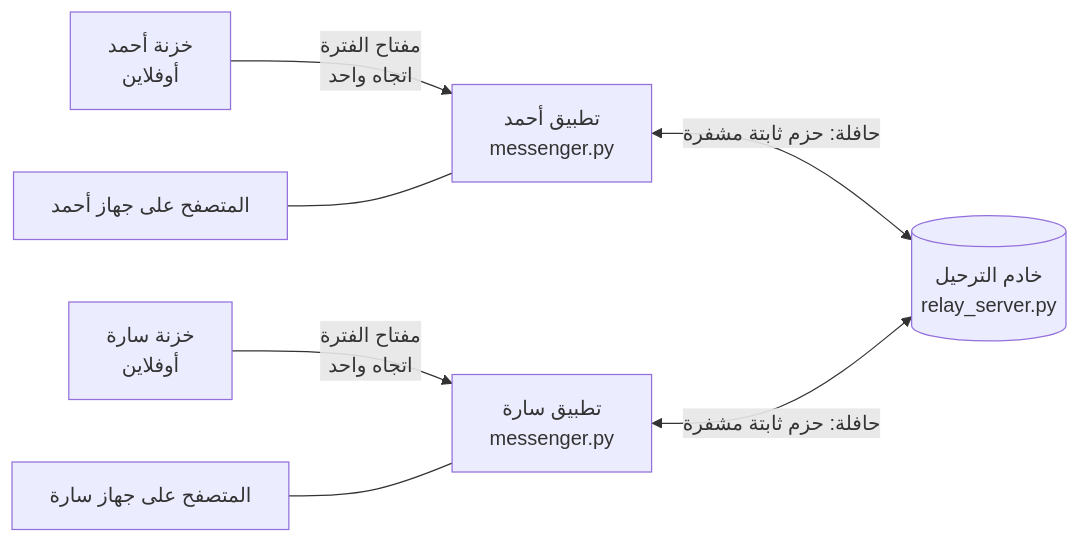
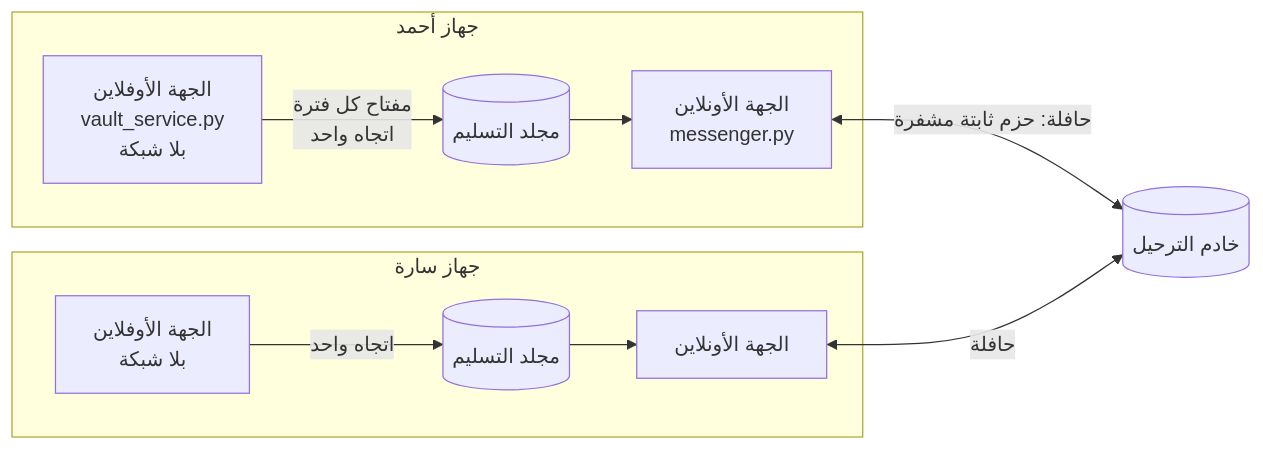
Before and after one commit to abdou07mm-spec/Abderrezak-gridi-: the first of 2 diagrams in synced-key-rotation/README.md, drawn with Mermaid. The commit also changed other lines of this file and 8 other files, not shown here.

````diff
--- a/synced-key-rotation/README.md
+++ b/synced-key-rotation/README.md
@@ -43,9 +43,13 @@
 ```mermaid
 flowchart LR
-    VA[خزنة أحمد<br/>أوفلاين] -->|"مفتاح الفترة<br/>اتجاه واحد"| AA[تطبيق أحمد<br/>messenger.py]
-    VB[خزنة سارة<br/>أوفلاين] -->|"مفتاح الفترة<br/>اتجاه واحد"| AB[تطبيق سارة<br/>messenger.py]
-    AA <-->|"حافلة: حزم ثابتة مشفرة"| R[(خادم الترحيل<br/>relay_server.py)]
-    AB <-->|"حافلة: حزم ثابتة مشفرة"| R
-    UA[المتصفح على جهاز أحمد] --- AA
-    UB[المتصفح على جهاز سارة] --- AB
+    subgraph DA[جهاز أحمد]
+      VA[الجهة الأوفلاين<br/>vault_service.py<br/>بلا شبكة] -->|"مفتاح كل فترة<br/>اتجاه واحد"| DRA[(مجلد التسليم)]
+      DRA --> AA[الجهة الأونلاين<br/>messenger.py]
+    end
+    subgraph DB[جهاز سارة]
+      VB[الجهة الأوفلاين<br/>بلا شبكة] -->|"اتجاه واحد"| DRB[(مجلد التسليم)]
+      DRB --> AB[الجهة الأونلاين]
+    end
+    AA <-->|"حافلة: حزم ثابتة مشفرة"| R[(خادم الترحيل)]
+    AB <-->|"حافلة"| R
 ```
````
